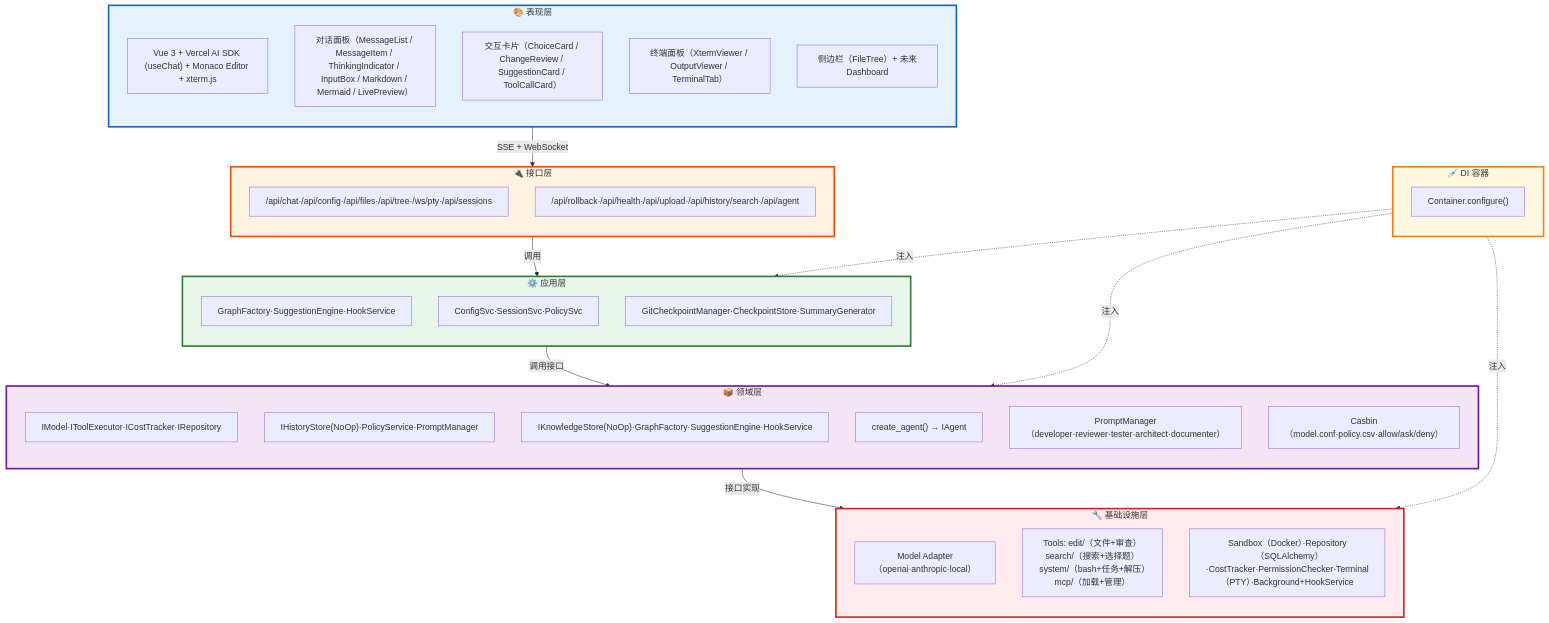
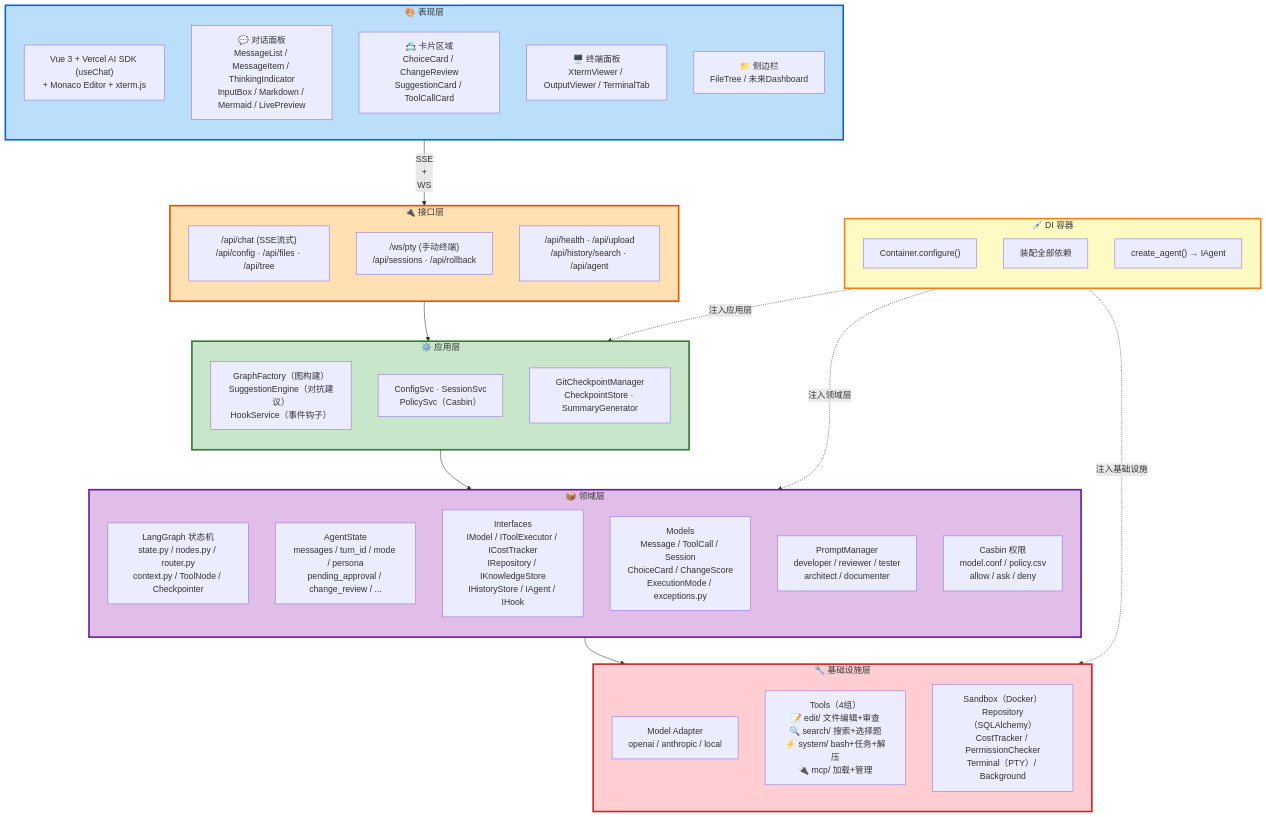
Before and after one commit to sunq0001/flypig: the diagram in docs/docs_refactor/architecture-diagram.md, drawn with Mermaid.

Commit message:
docs: Mermaid 图大字版 - fontSize:16px + 多行换行 + 深色背景 + DI 竖排

````diff
--- a/docs/docs_refactor/architecture-diagram.md
+++ b/docs/docs_refactor/architecture-diagram.md
@@ -117,65 +117,64 @@
 ```mermaid
 flowchart TD
     subgraph PRESENTATION["🎨 表现层"]
         direction TB
-        P0["Vue 3 + Vercel AI SDK (useChat) + Monaco Editor + xterm.js"]
-        P1["对话面板（MessageList / MessageItem / ThinkingIndicator / InputBox / Markdown / Mermaid / LivePreview）"]
-        P2["交互卡片（ChoiceCard / ChangeReview / SuggestionCard / ToolCallCard）"]
-        P3["终端面板（XtermViewer / OutputViewer / TerminalTab）"]
-        P4["侧边栏（FileTree）+ 未来Dashboard"]
+        P0["Vue 3 + Vercel AI SDK (useChat)<br/>+ Monaco Editor + xterm.js"]
+        P1["💬 对话面板<br/>MessageList / MessageItem / ThinkingIndicator<br/>InputBox / Markdown / Mermaid / LivePreview"]
+        P2["📇 卡片区域<br/>ChoiceCard / ChangeReview<br/>SuggestionCard / ToolCallCard"]
+        P3["🖥️ 终端面板<br/>XtermViewer / OutputViewer / TerminalTab"]
+        P4["📁 侧边栏<br/>FileTree / 未来Dashboard"]
     end
-    PRESENTATION -->|SSE + WebSocket| INTERFACE
+    PRESENTATION -->|"SSE<br/>+<br/>WS"| INTERFACE
 
     subgraph INTERFACE["🔌 接口层"]
         direction TB
-        I1["/api/chat·/api/config·/api/files·/api/tree·/ws/pty·/api/sessions"]
-        I2["/api/rollback·/api/health·/api/upload·/api/history/search·/api/agent"]
+        I1["/api/chat (SSE流式)<br/>/api/config · /api/files · /api/tree"]
+        I2["/ws/pty (手动终端)<br/>/api/sessions · /api/rollback"]
+        I3["/api/health · /api/upload<br/>/api/history/search · /api/agent"]
     end
-    INTERFACE -->|调用| APPLICATION
+    INTERFACE --> APPLICATION
 
     subgraph APPLICATION["⚙️ 应用层"]
         direction TB
-        A1["GraphFactory·SuggestionEngine·HookService"]
-        A2["ConfigSvc·SessionSvc·PolicySvc"]
-        A3["GitCheckpointManager·CheckpointStore·SummaryGenerator"]
+        A1["GraphFactory（图构建）<br/>SuggestionEngine（对抗建议）<br/>HookService（事件钩子）"]
+        A2["ConfigSvc · SessionSvc<br/>PolicySvc（Casbin）"]
+        A3["GitCheckpointManager<br/>CheckpointStore · SummaryGenerator"]
     end
-    APPLICATION -->|调用接口| DOMAIN
+    APPLICATION --> DOMAIN
 
     subgraph DOMAIN["📦 领域层"]
         direction TB
-        D1["LangGraph（state.py·nodes.py·router.py·context.py·ToolNode·Checkpointer）"]
-        D2["AgentState（messages·turn_id·mode·persona·pending_approval·change_review·...）"]
-        D3["Interfaces（IModel·IToolExecutor·ICostTracker·IRepository·IKnowledgeStore·IHistoryStore·IAgent·IHook）"]
-        D4["Models（Message·ToolCall·Session·ChoiceCard·ChangeScore·ExecutionMode·...）+ exceptions.py"]
-        D5["PromptManager（developer·reviewer·tester·architect·documenter）"]
-        D6["Casbin（model.conf·policy.csv·allow/ask/deny）"]
+        D1["LangGraph 状态机<br/>state.py / nodes.py / router.py<br/>context.py / ToolNode / Checkpointer"]
+        D2["AgentState<br/>messages / turn_id / mode / persona<br/>pending_approval / change_review / ..."]
+        D3["Interfaces<br/>IModel / IToolExecutor / ICostTracker<br/>IRepository / IKnowledgeStore<br/>IHistoryStore / IAgent / IHook"]
+        D4["Models<br/>Message / ToolCall / Session<br/>ChoiceCard / ChangeScore<br/>ExecutionMode / exceptions.py"]
+        D5["PromptManager<br/>developer / reviewer / tester<br/>architect / documenter"]
+        D6["Casbin 权限<br/>model.conf / policy.csv<br/>allow / ask / deny"]
     end
-    DOMAIN -->|接口实现| INFRASTRUCTURE
+    DOMAIN --> INFRASTRUCTURE
 
     subgraph INFRASTRUCTURE["🔧 基础设施层"]
         direction TB
-        F1["Model Adapter（openai·anthropic·local）"]
-        F2["Tools: edit/（文件+审查）search/（搜索+选择题）system/（bash+任务+解压）mcp/（加载+管理）"]
-        F3["Sandbox（Docker）·Repository（SQLAlchemy）·CostTracker·PermissionChecker·Terminal（PTY）·Background+HookService"]
+        F1["Model Adapter<br/>openai / anthropic / local"]
+        F2["Tools（4组）<br/>📝 edit/ 文件编辑+审查<br/>🔍 search/ 搜索+选择题<br/>⚡ system/ bash+任务+解压<br/>🔌 mcp/ 加载+管理"]
+        F3["Sandbox（Docker）<br/>Repository（SQLAlchemy）<br/>CostTracker / PermissionChecker<br/>Terminal（PTY）/ Background"]
     end
 
     subgraph DI["💉 DI 容器"]
         direction TB
-        D0["Container.configure()"]
-        D1["IModel·IToolExecutor·ICostTracker·IRepository"]
-        D2["IHistoryStore(NoOp)·PolicyService·PromptManager"]
-        D3["IKnowledgeStore(NoOp)·GraphFactory·SuggestionEngine·HookService"]
-        D4["create_agent() → IAgent"]
+        DX1["Container.configure()"]
+        DX2["装配全部依赖"]
+        DX3["create_agent() → IAgent"]
     end
 
-    DI -.->|注入| APPLICATION
-    DI -.->|注入| DOMAIN
-    DI -.->|注入| INFRASTRUCTURE
+    DI -.->|注入应用层| APPLICATION
+    DI -.->|注入领域层| DOMAIN
+    DI -.->|注入基础设施| INFRASTRUCTURE
 
-    style PRESENTATION fill:#E3F2FD,stroke:#1565C0,stroke-width:3px
-    style INTERFACE fill:#FFF3E0,stroke:#E65100,stroke-width:3px
-    style APPLICATION fill:#E8F5E9,stroke:#2E7D32,stroke-width:3px
-    style DOMAIN fill:#F3E5F5,stroke:#6A1B9A,stroke-width:3px
-    style INFRASTRUCTURE fill:#FFEBEE,stroke:#C62828,stroke-width:3px
-    style DI fill:#FFF8E1,stroke:#F57F17,stroke-width:3px
+    style PRESENTATION fill:#BBDEFB,stroke:#1565C0,stroke-width:3px,fontSize:16px
+    style INTERFACE fill:#FFE0B2,stroke:#E65100,stroke-width:3px,fontSize:16px
+    style APPLICATION fill:#C8E6C9,stroke:#2E7D32,stroke-width:3px,fontSize:16px
+    style DOMAIN fill:#E1BEE7,stroke:#6A1B9A,stroke-width:3px,fontSize:16px
+    style INFRASTRUCTURE fill:#FFCDD2,stroke:#C62828,stroke-width:3px,fontSize:16px
+    style DI fill:#FFF9C4,stroke:#F57F17,stroke-width:3px,fontSize:16px
 ```
````
